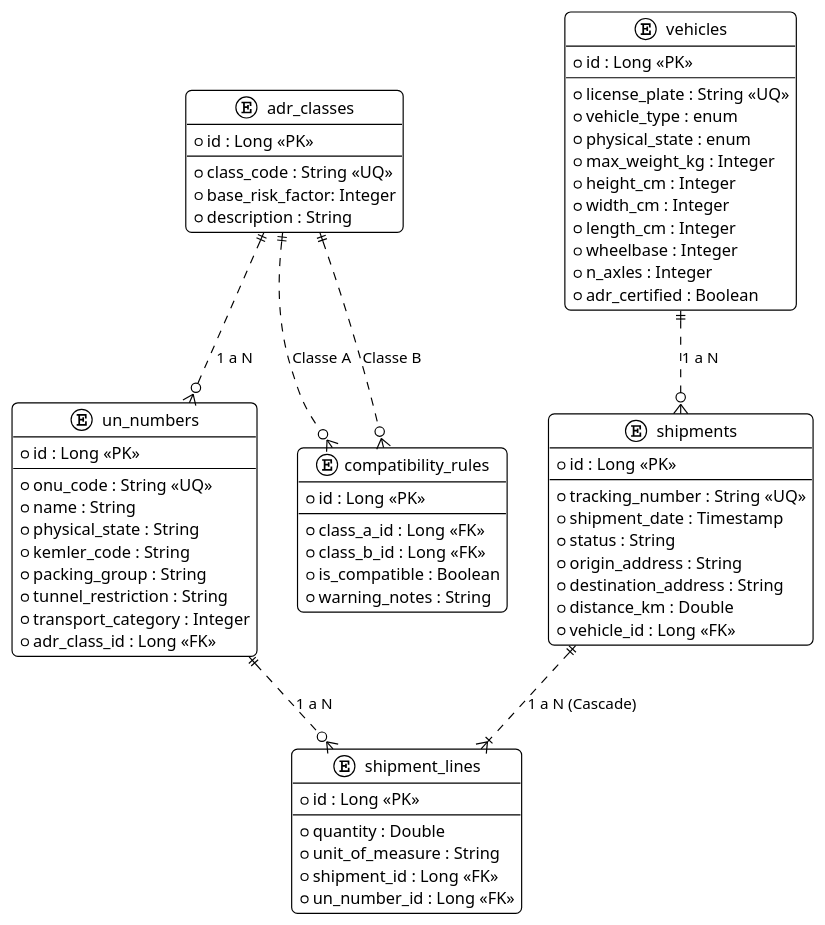
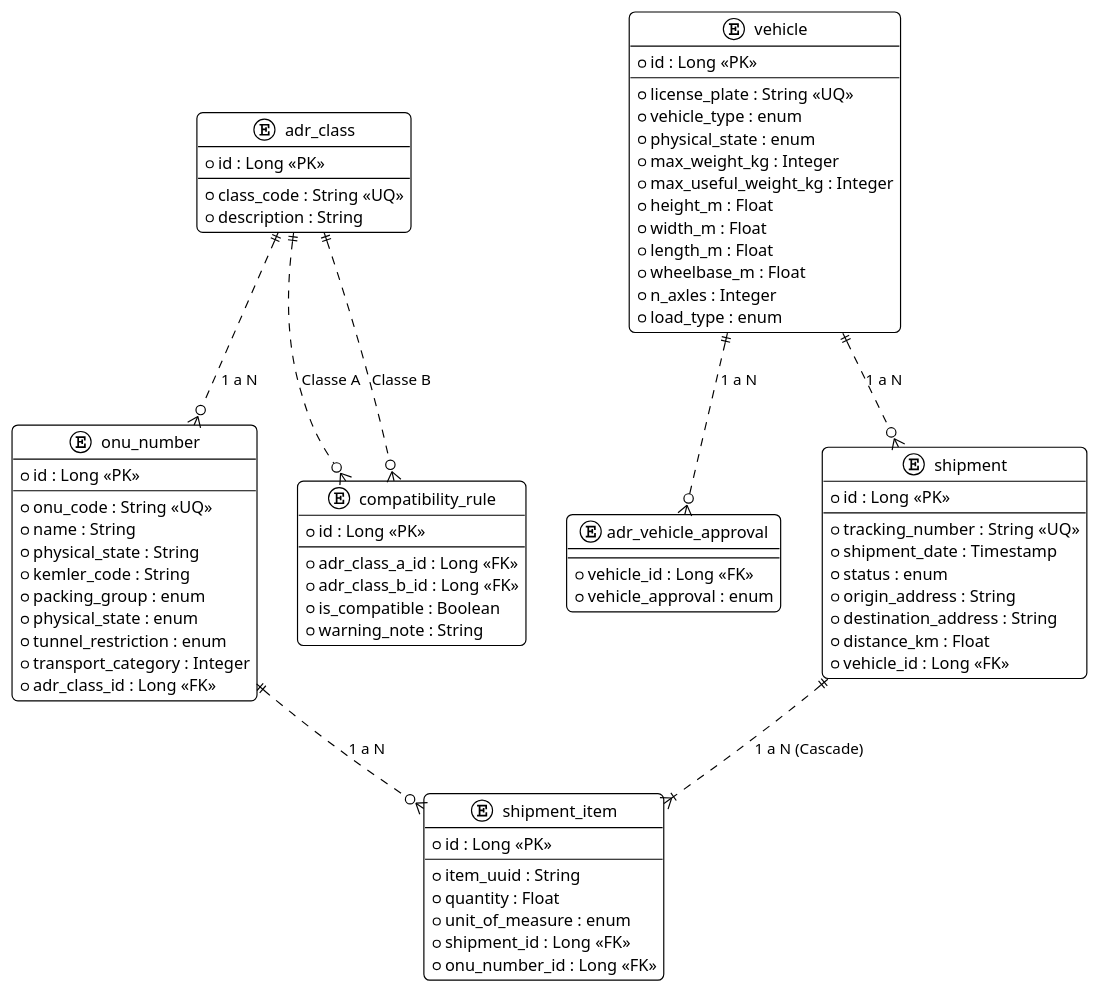
Before and after one commit to GiovanniVinciguerra/adrsentinel: the diagram in dev/er_schema.puml, drawn with PlantUML. The commit also changed 83 other files, not shown here.

```diff
--- a/dev/er_schema.puml
+++ b/dev/er_schema.puml
@@ -1,87 +1,96 @@
 @startuml
 
 !theme plain
 skinparam roundcorner 10
 skinparam class {
     BackgroundColor White
     ArrowColor Black
     BorderColor Black
 }
 
-entity "adr_classes" as Classes {
+entity "adr_class" as Classes {
   * id : Long <<PK>>
   --
   * class_code : String <<UQ>>
-  * base_risk_factor: Integer
   * description : String
 }
 
-entity "un_numbers" as UN {
+entity "onu_number" as UN {
   * id : Long <<PK>>
   --
   * onu_code : String <<UQ>>
   * name : String
   * physical_state : String
   * kemler_code : String
-  * packing_group : String
-  * tunnel_restriction : String
+  * packing_group : enum
+  * physical_state : enum
+  * tunnel_restriction : enum
   * transport_category : Integer
   * adr_class_id : Long <<FK>>
 }
 
-entity "compatibility_rules" as Rules {
+entity "compatibility_rule" as Rules {
   * id : Long <<PK>>
   --
-  * class_a_id : Long <<FK>>
-  * class_b_id : Long <<FK>>
+  * adr_class_a_id : Long <<FK>>
+  * adr_class_b_id : Long <<FK>>
   * is_compatible : Boolean
-  * warning_notes : String
+  * warning_note : String
 }
 
-entity "vehicles" as Vehicles {
+entity "vehicle" as Vehicles {
   * id : Long <<PK>>
   --
   * license_plate : String <<UQ>>
   * vehicle_type : enum
   * physical_state : enum
   * max_weight_kg : Integer
-  * height_cm : Integer
-  * width_cm : Integer
-  * length_cm : Integer
-  * wheelbase : Integer
+  * max_useful_weight_kg : Integer
+  * height_m : Float
+  * width_m : Float
+  * length_m : Float
+  * wheelbase_m : Float
   * n_axles : Integer
-  * adr_certified : Boolean
+  * load_type : enum
 }
 
-entity "shipments" as Shipments {
+entity "adr_vehicle_approval" as Approval {
+	--
+	* vehicle_id : Long <<FK>>
+	* vehicle_approval : enum
+}
+
+entity "shipment" as Shipments {
   * id : Long <<PK>>
   --
   * tracking_number : String <<UQ>>
   * shipment_date : Timestamp
-  * status : String
+  * status : enum
   * origin_address : String
   * destination_address : String
-  * distance_km : Double
+  * distance_km : Float
   * vehicle_id : Long <<FK>>
 }
 
-entity "shipment_lines" as Lines {
+entity "shipment_item" as Items {
   * id : Long <<PK>>
   --
-  * quantity : Double
-  * unit_of_measure : String
+  * item_uuid : String
+  * quantity : Float
+  * unit_of_measure : enum
   * shipment_id : Long <<FK>>
-  * un_number_id : Long <<FK>>
+  * onu_number_id : Long <<FK>>
 }
 
 ' Relazioni Dominio Normativo
 Classes ||..o{ UN : "1 a N"
 Classes ||..o{ Rules : "Classe A"
 Classes ||..o{ Rules : "Classe B"
 
 ' Relazioni Dominio Logistico
 Vehicles ||..o{ Shipments : "1 a N"
-Shipments ||..|{ Lines : "1 a N (Cascade)"
-UN ||..o{ Lines : "1 a N"
+Vehicles ||..o{ Approval: "1 a N"
+Shipments ||..|{ Items : "1 a N (Cascade)"
+UN ||..o{ Items : "1 a N"
 
 @enduml
```
